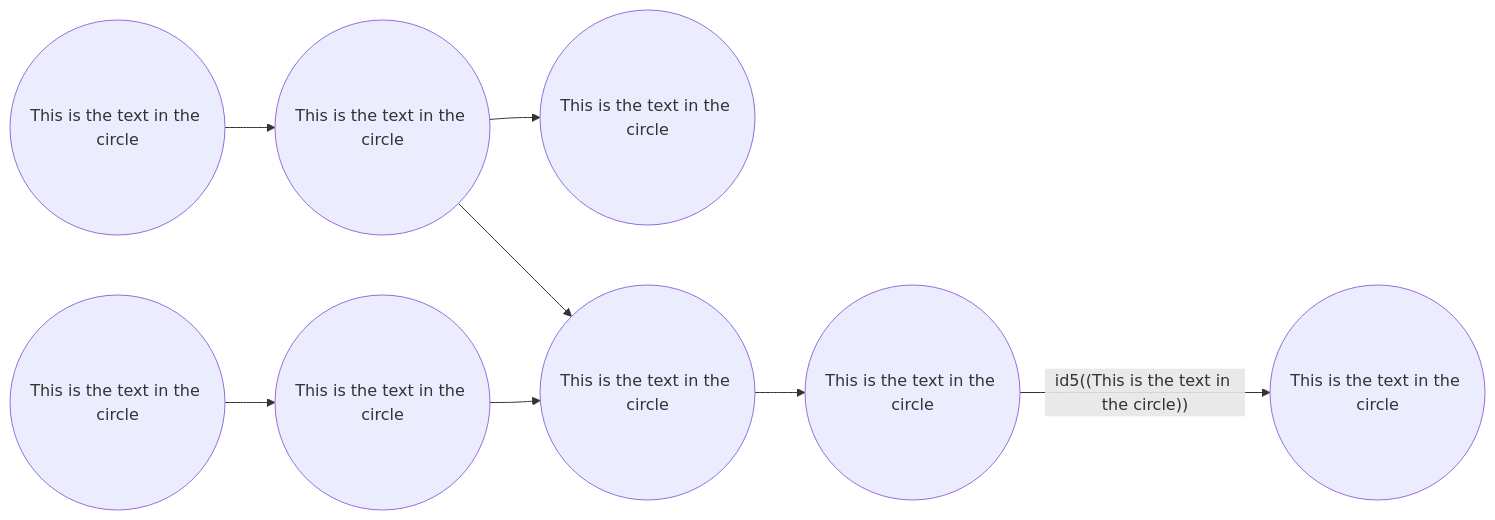
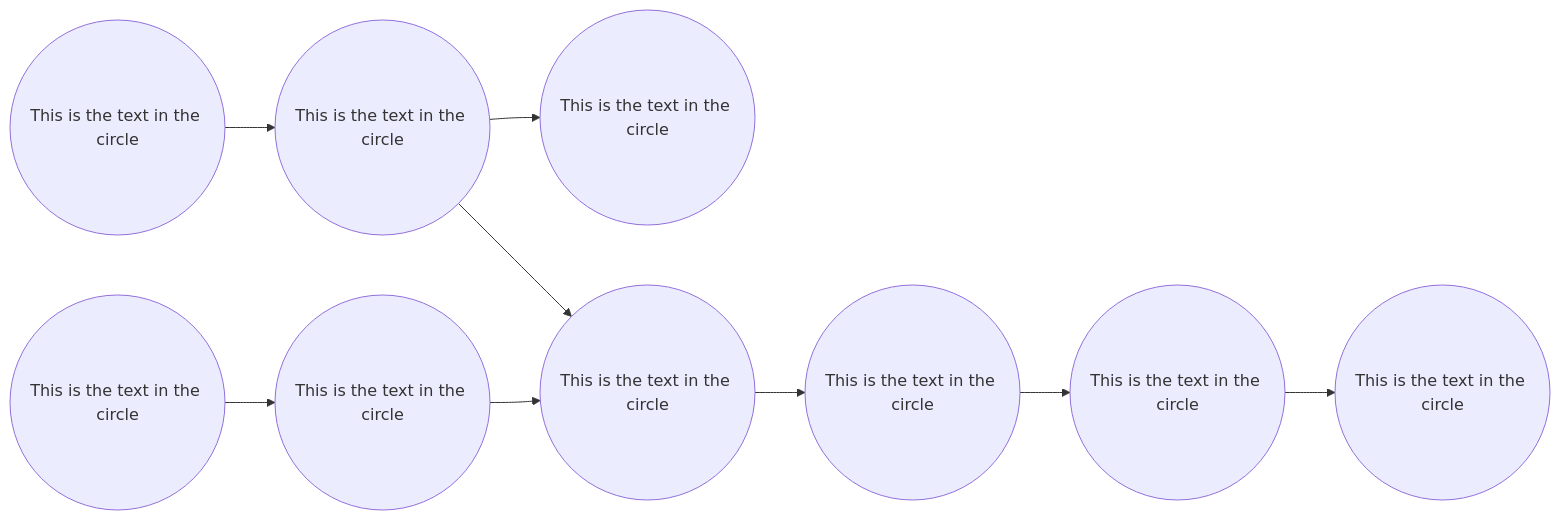
The second of 2 diagrams in slides.md (gerbssusd/dok), drawn with Mermaid before and after one commit.

````diff
--- a/slides.md
+++ b/slides.md
@@ -499,15 +499,15 @@
 ```mermaid {scale: .60}
 
 flowchart LR
     id1((This is the text in the circle)) -->
     id2((This is the text in the circle)) -->
     id3((This is the text in the circle))
        id3.1((This is the text in the circle))-->
        id3.2((This is the text in the circle))-->id4
    id2 --> id4((This is the text in the circle)) 
-      -->id6((This is the text in the circle))--
+      -->id6((This is the text in the circle))-->
     id5((This is the text in the circle)) -->
    
     id7((This is the text in the circle))
 
 ```
````
